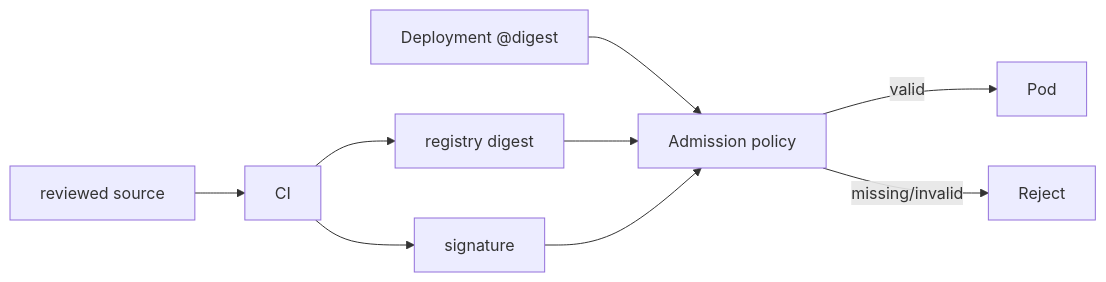
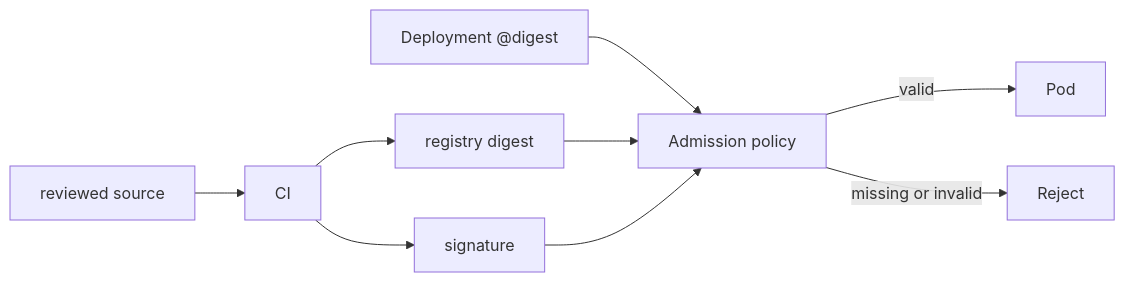
The second of 2 diagrams in docs/learn/security/secrets-and-supply-chain.md (darshan-raul/apollo11-docs), drawn with Mermaid before and after one commit. The commit also changed other lines of this file and 55 other files, not shown here.

````diff
--- a/docs/learn/security/secrets-and-supply-chain.md
+++ b/docs/learn/security/secrets-and-supply-chain.md
@@ -39,10 +49,10 @@
 ```mermaid
 flowchart LR
-  Src[reviewed source] --> CI --> Reg[registry digest] 
+  Src[reviewed source] --> CI --> Reg[registry digest]
   CI --> Sig[signature]
   Dep[Deployment @digest] --> Adm[Admission policy]
   Reg --> Adm
   Sig --> Adm
   Adm -->|valid| Pod
-  Adm -->|missing/invalid| Reject
+  Adm -->|missing or invalid| Reject
 ```
````
